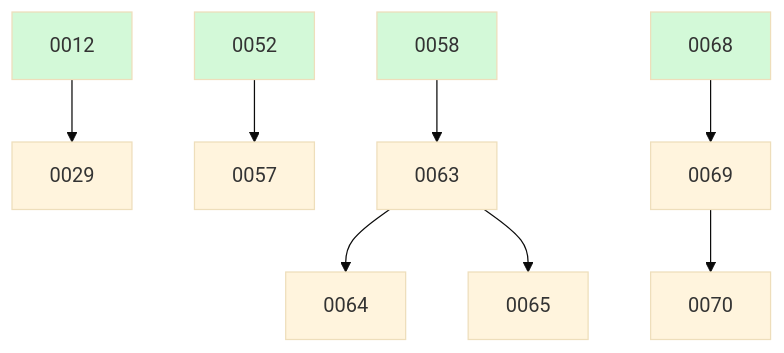
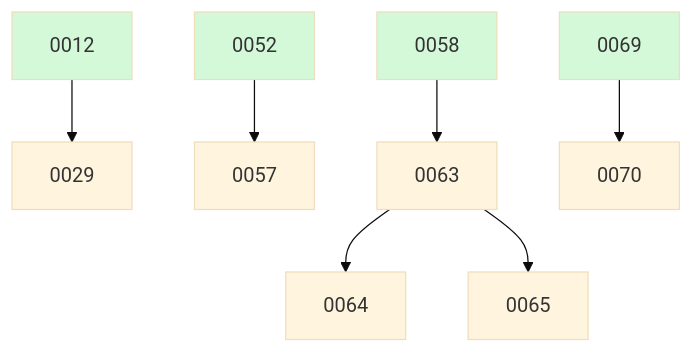
Before and after one commit to ethanhinson/fuse: the diagram in docs/changes/BOARD.md, drawn with Mermaid (base theme). The commit also changed other lines of this file, not shown here.

````diff
--- a/docs/changes/BOARD.md
+++ b/docs/changes/BOARD.md
@@ -27,15 +21,14 @@
 ```mermaid
 graph TD
   0012 --> 0029
   0052 --> 0057
   0058 --> 0063
   0063 --> 0064
   0063 --> 0065
-  0068 --> 0069
   0069 --> 0070
   0012:::done
   0052:::done
   0058:::done
-  0068:::done
+  0069:::done
   classDef done fill:#d3f9d8;
 ```
````
